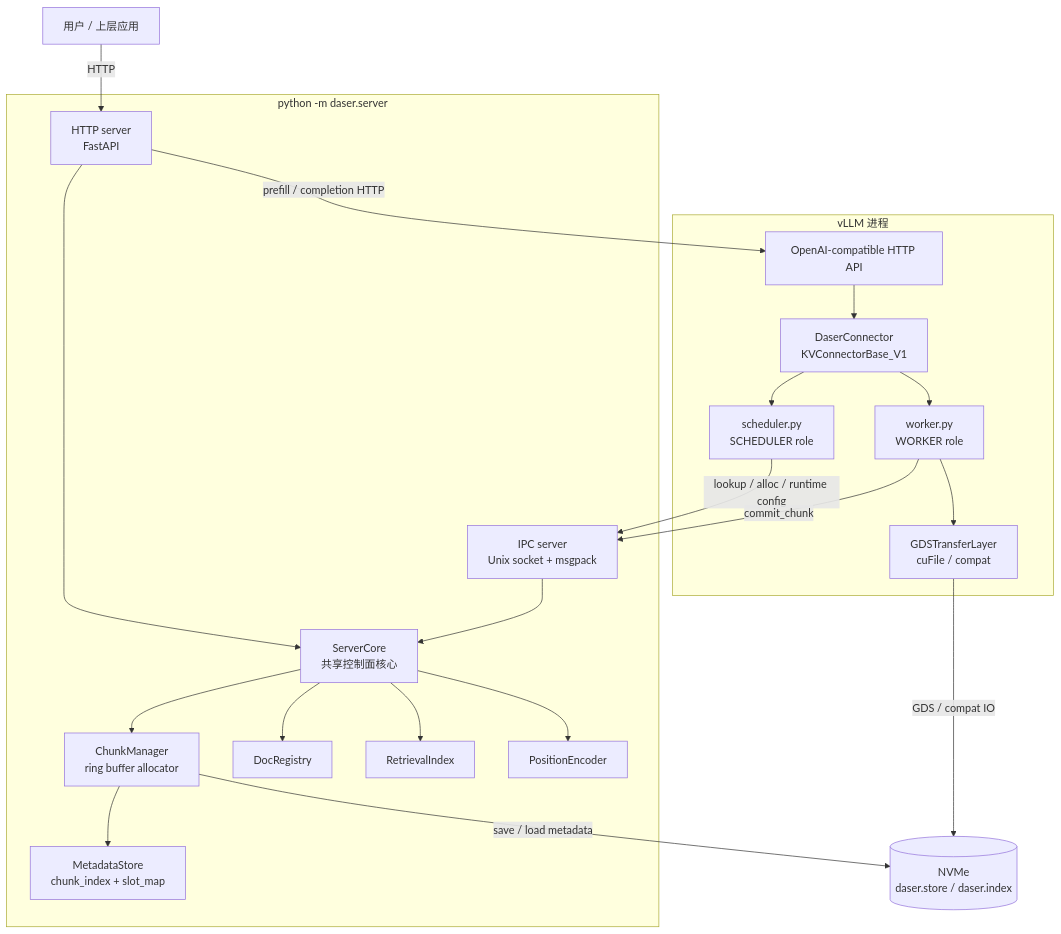
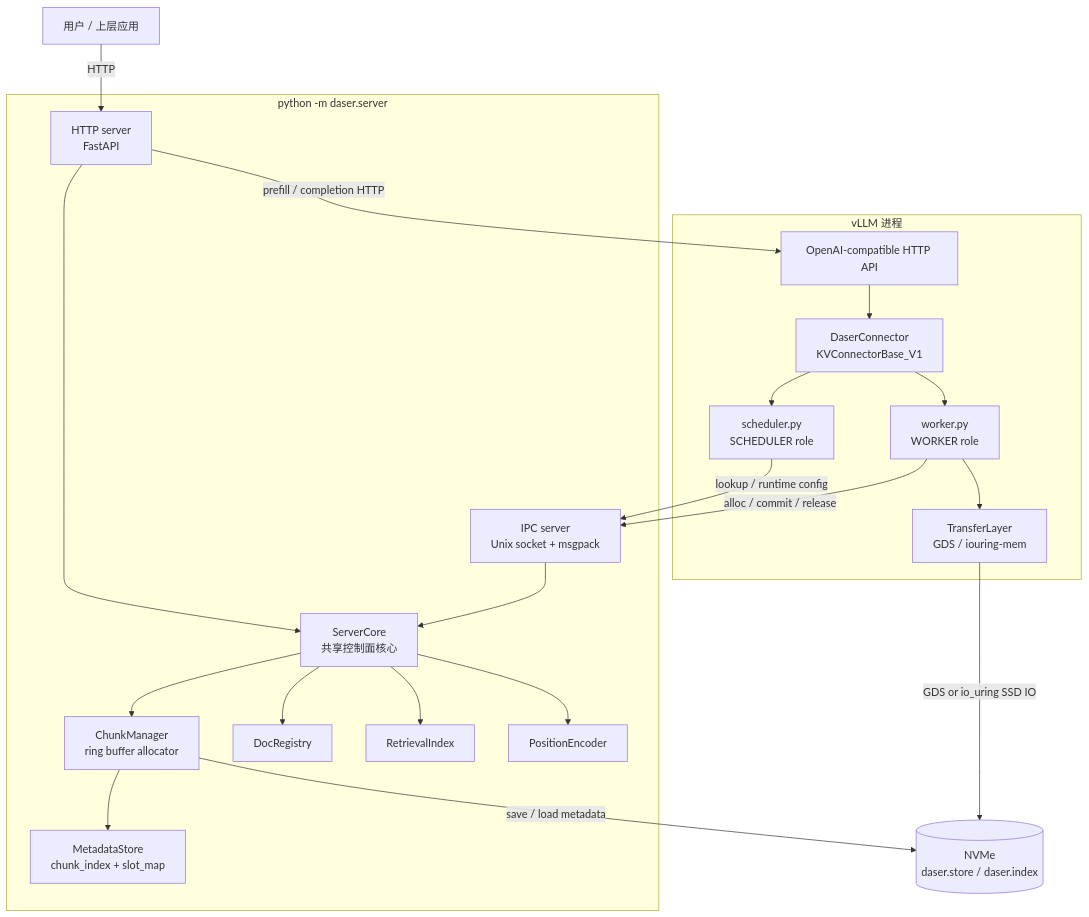
One commit to GentleCold/DaseR changed the first of 2 diagrams in docs/design/architecture.md. Above: the diagram before and after it, drawn with Mermaid. The commit also changed other lines of this file and 11 other files, not shown here.

````diff
--- a/docs/design/architecture.md
+++ b/docs/design/architecture.md
@@ -11,45 +11,45 @@
 ```mermaid
 graph TB
     User["用户 / 上层应用"]
 
     subgraph server["python -m daser.server"]
         HTTP["HTTP server<br/>FastAPI"]
         IPC["IPC server<br/>Unix socket + msgpack"]
         CORE["ServerCore<br/>共享控制面核心"]
         CM["ChunkManager<br/>ring buffer allocator"]
         MS["MetadataStore<br/>chunk_index + slot_map"]
         DR["DocRegistry"]
         RI["RetrievalIndex"]
         PE["PositionEncoder"]
 
         HTTP --> CORE
         IPC --> CORE
         CORE --> CM
         CORE --> DR
         CORE --> RI
         CORE --> PE
         CM --> MS
     end
 
     subgraph vllm["vLLM 进程"]
         VAPI["OpenAI-compatible HTTP API"]
         DC["DaserConnector<br/>KVConnectorBase_V1"]
         SCHED["scheduler.py<br/>SCHEDULER role"]
         WORKER["worker.py<br/>WORKER role"]
-        GDS["GDSTransferLayer<br/>cuFile / compat"]
+        TRANSFER["TransferLayer<br/>GDS / iouring-mem"]
 
         VAPI --> DC
         DC --> SCHED
         DC --> WORKER
-        WORKER --> GDS
+        WORKER --> TRANSFER
     end
 
     NVMe[("NVMe<br/>daser.store / daser.index")]
 
     User -- "HTTP" --> HTTP
     HTTP -- "prefill / completion HTTP" --> VAPI
-    SCHED -- "lookup / alloc / runtime config" --> IPC
-    WORKER -- "commit_chunk" --> IPC
-    GDS -- "GDS / compat IO" --> NVMe
+    SCHED -- "lookup / runtime config" --> IPC
+    WORKER -- "alloc / commit / release" --> IPC
+    TRANSFER -- "GDS or io_uring SSD IO" --> NVMe
     CM -- "save / load metadata" --> NVMe
 ```
````
